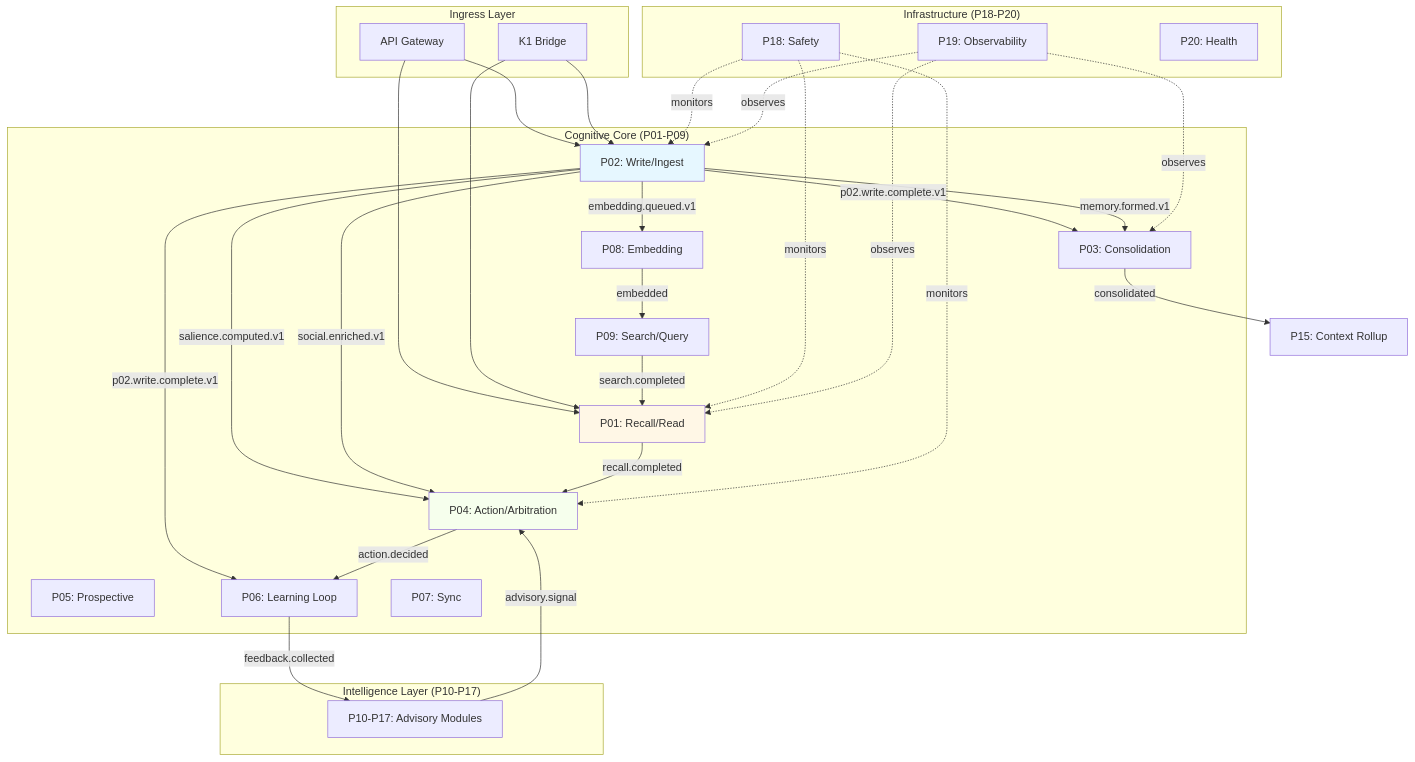
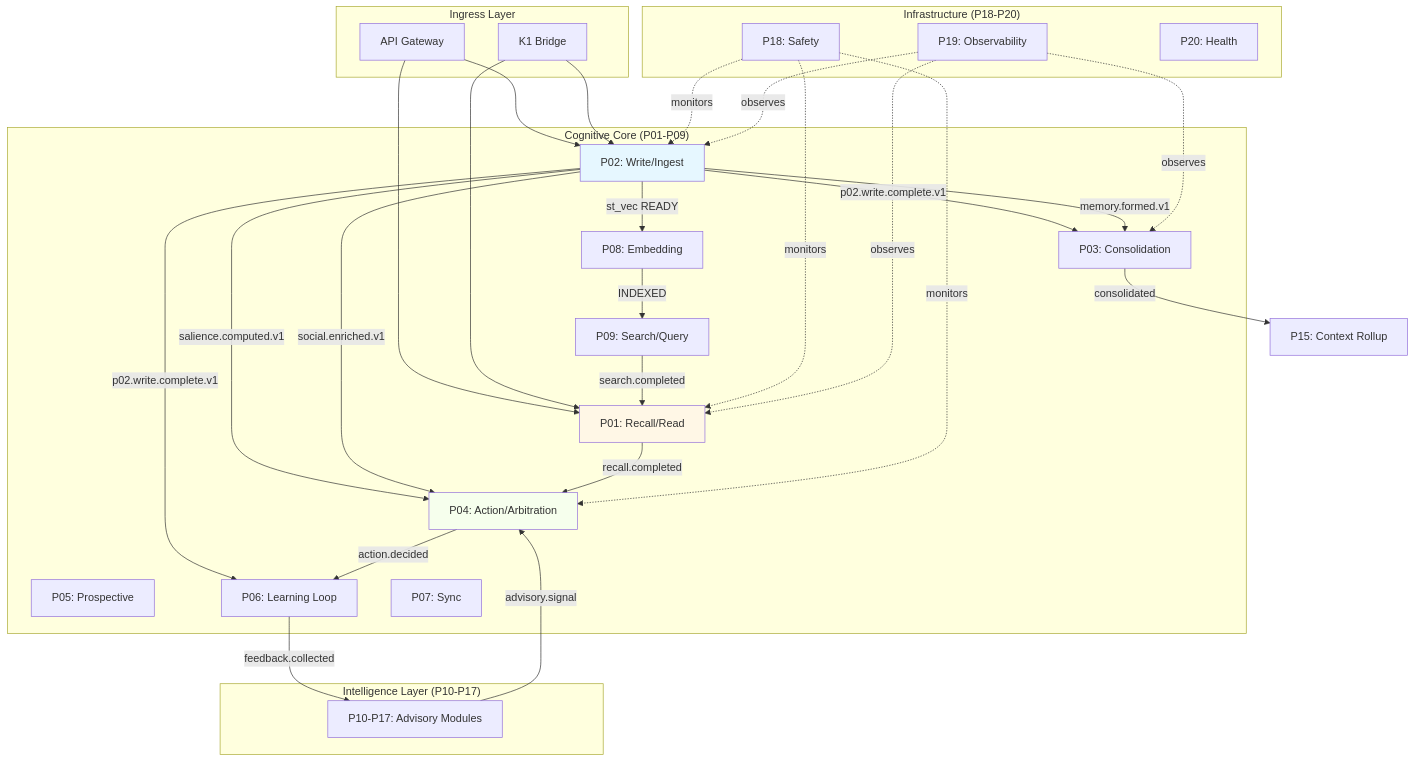
Before and after one commit to Pkansagra-hub/family-os: the sixth of 8 diagrams in k0/pipelines/k0_architecture_master.md, drawn with Mermaid. The commit also changed other lines of this file and 51 other files, not shown here.

````diff
--- a/k0/pipelines/k0_architecture_master.md
+++ b/k0/pipelines/k0_architecture_master.md
@@ -1708,63 +1708,63 @@
 ```mermaid
 graph TD
     subgraph "Ingress Layer"
         API[API Gateway]
         K1[K1 Bridge]
     end
 
     subgraph "Cognitive Core (P01-P09)"
         P01[P01: Recall/Read]
         P02[P02: Write/Ingest]
         P03[P03: Consolidation]
         P04[P04: Action/Arbitration]
         P05[P05: Prospective]
         P06[P06: Learning Loop]
         P07[P07: Sync]
         P08[P08: Embedding]
         P09[P09: Search/Query]
     end
 
     subgraph "Intelligence Layer (P10-P17)"
         P10[P10-P17: Advisory Modules]
     end
 
     subgraph "Infrastructure (P18-P20)"
         P18[P18: Safety]
         P19[P19: Observability]
         P20[P20: Health]
     end
 
     API --> P02
     API --> P01
     K1 --> P02
     K1 --> P01
 
     P02 -->|p02.write.complete.v1| P03
     P02 -->|memory.formed.v1| P03
-    P02 -->|embedding.queued.v1| P08
+    P02 -->|st_vec READY| P08
     P02 -->|salience.computed.v1| P04
     P02 -->|social.enriched.v1| P04
     P02 -->|p02.write.complete.v1| P06
 
     P03 -->|consolidated| P15[P15: Context Rollup]
-    P08 -->|embedded| P09
+    P08 -->|INDEXED| P09
     P09 -->|search.completed| P01
 
     P01 -->|recall.completed| P04
     P10 -->|advisory.signal| P04
     P04 -->|action.decided| P06
 
     P06 -->|feedback.collected| P10
 
     P18 -.->|monitors| P01
     P18 -.->|monitors| P02
     P18 -.->|monitors| P04
 
     P19 -.->|observes| P01
     P19 -.->|observes| P02
     P19 -.->|observes| P03
 
     style P02 fill:#e6f7ff
     style P01 fill:#fff7e6
     style P04 fill:#f6ffed
 ```
````
